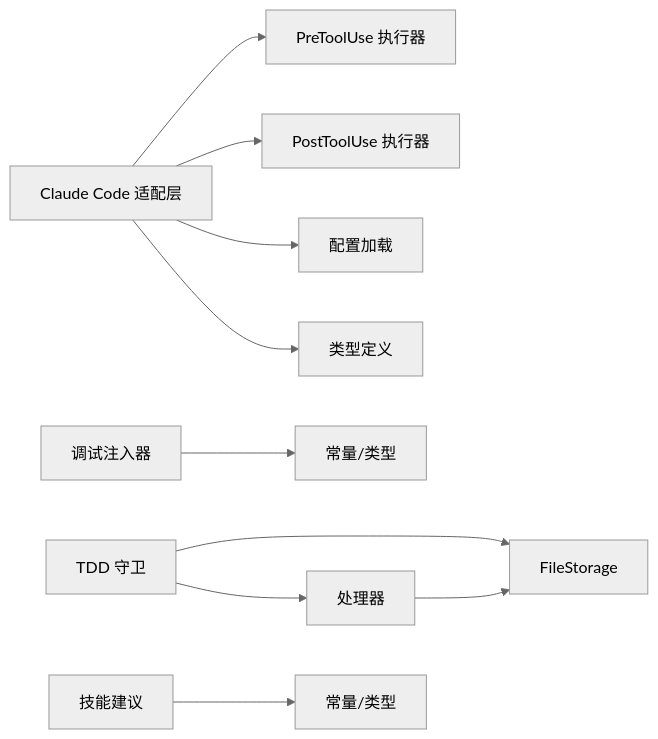
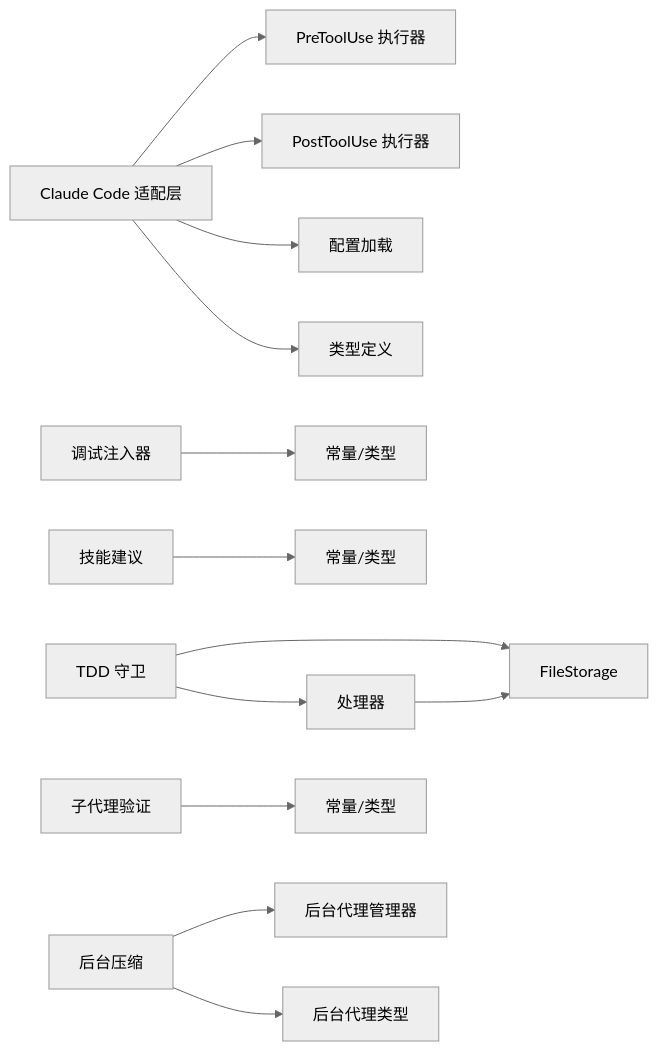
The ninth of 9 diagrams in .qoder/repowiki/zh/content/钩子系统/专用功能钩子.md (code-yeongyu/oh-my-openagent), drawn with Mermaid (neutral theme) before and after one commit. The commit also changed other lines of this file and 61 other files, not shown here.

````diff
--- a/.qoder/repowiki/zh/content/钩子系统/专用功能钩子.md
+++ b/.qoder/repowiki/zh/content/钩子系统/专用功能钩子.md
@@ -325,12 +438,15 @@
 ```mermaid
 graph LR
 Adapter["Claude Code 适配层"] --> PreTU["PreToolUse 执行器"]
 Adapter --> PostTU["PostToolUse 执行器"]
 Adapter --> Config["配置加载"]
 Adapter --> Types["类型定义"]
 TDD["TDD 守卫"] --> TDDStore["FileStorage"]
 TDD --> TDDHandlers["处理器"]
 TDDHandlers --> TDDStore
 Debug["调试注入器"] --> DebugConst["常量/类型"]
 Skill["技能建议"] --> SkillConst["常量/类型"]
+Subagent["子代理验证"] --> SubagentConst["常量/类型"]
+Background["后台压缩"] --> BGManager["后台代理管理器"]
+Background --> BGTypes["后台代理类型"]
 ```
````
